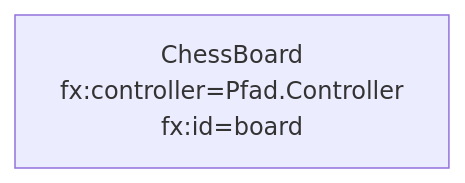
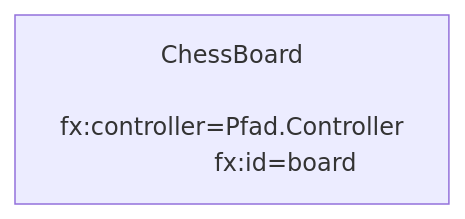
One commit to jappuccini/java-docs changed the second of 2 diagrams in docs/exercises/javafx/javafx08.md. Above: the diagram before and after it, drawn with Mermaid. The commit also changed 64 other files, not shown here.

````diff
--- a/docs/exercises/javafx/javafx08.md
+++ b/docs/exercises/javafx/javafx08.md
@@ -85,4 +85,6 @@
 ```mermaid
 flowchart LR
-	board[ChessBoard\nfx:controller=Pfad.Controller\nfx:id=board]
+	board[ChessBoard
+	      fx:controller=Pfad.Controller
+	      fx:id=board]
 ```
````
